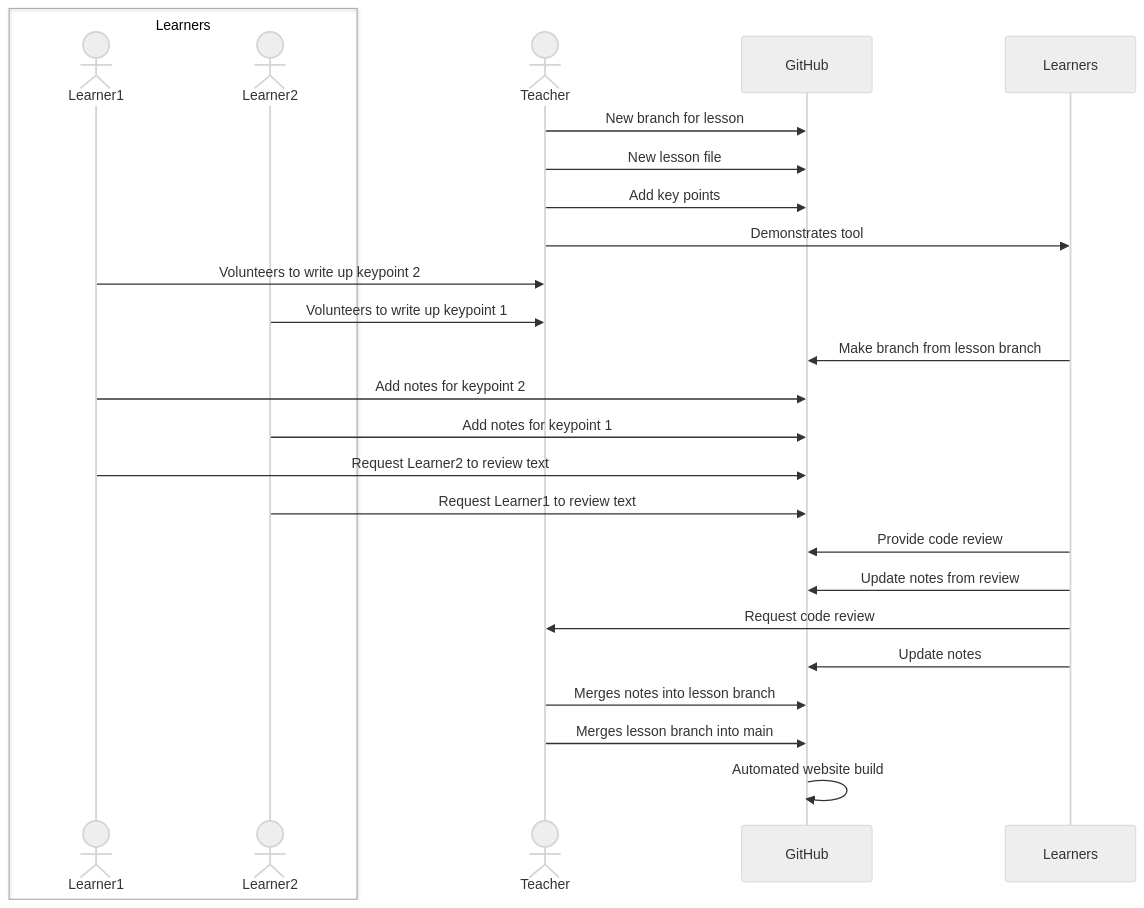
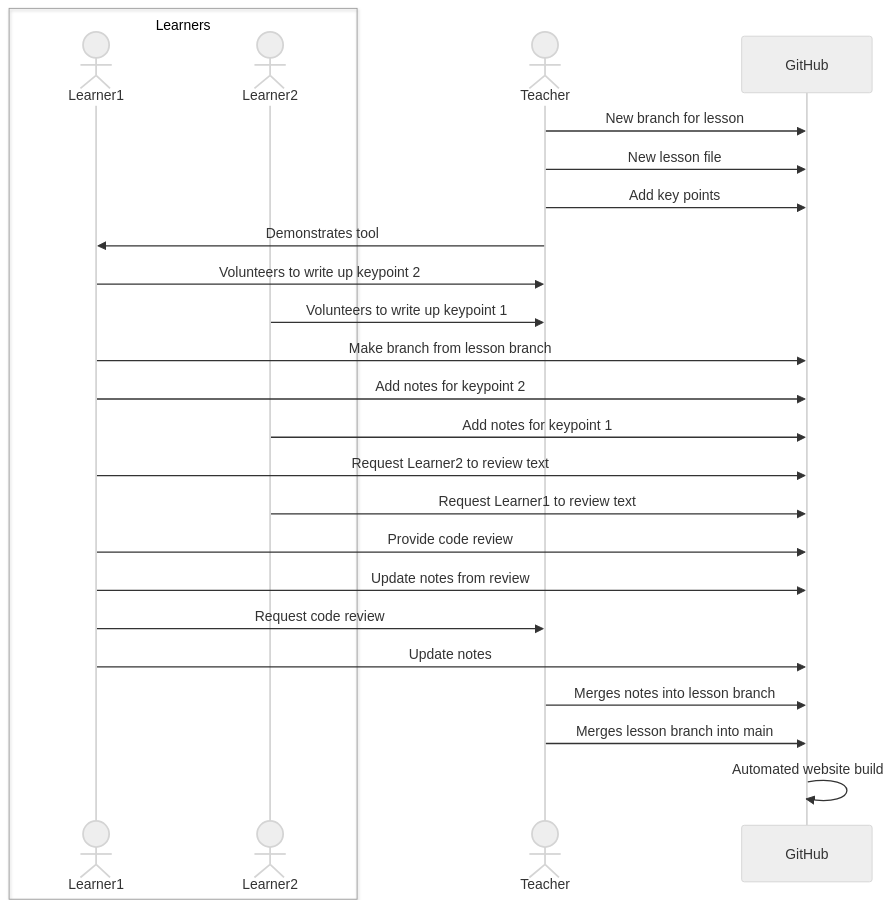
One commit to NBISweden/Training-Tech-shorts changed the diagram in README.md. Above: the diagram before and after it, drawn with Mermaid (neutral theme).

Commit message:
Update sequence diagram

````diff
--- a/README.md
+++ b/README.md
@@ -49,26 +49,26 @@
 ```mermaid
 sequenceDiagram
     box transparent Learners
         actor Learner1
         actor Learner2
     end
     actor Teacher
     Teacher ->> GitHub: New branch for lesson
     Teacher ->> GitHub: New lesson file
     Teacher ->> GitHub: Add key points
-    Teacher ->> Learners: Demonstrates tool
+    Teacher ->> Learner1: Demonstrates tool
     Learner1 ->> Teacher: Volunteers to write up keypoint 2
     Learner2 ->> Teacher: Volunteers to write up keypoint 1
-    Learners ->> GitHub: Make branch from lesson branch
+    Learner1 ->> GitHub: Make branch from lesson branch
     Learner1 ->> GitHub: Add notes for keypoint 2
     Learner2 ->> GitHub: Add notes for keypoint 1
     Learner1 ->> GitHub: Request Learner2 to review text
     Learner2 ->> GitHub: Request Learner1 to review text
-    Learners ->> GitHub: Provide code review
-    Learners ->> GitHub: Update notes from review
-    Learners ->> Teacher: Request code review
-    Learners ->> GitHub: Update notes
+    Learner1 ->> GitHub: Provide code review
+    Learner1 ->> GitHub: Update notes from review
+    Learner1 ->> Teacher: Request code review
+    Learner1 ->> GitHub: Update notes
     Teacher ->> GitHub: Merges notes into lesson branch
     Teacher ->> GitHub: Merges lesson branch into main
     GitHub ->> GitHub: Automated website build
 ```
````
